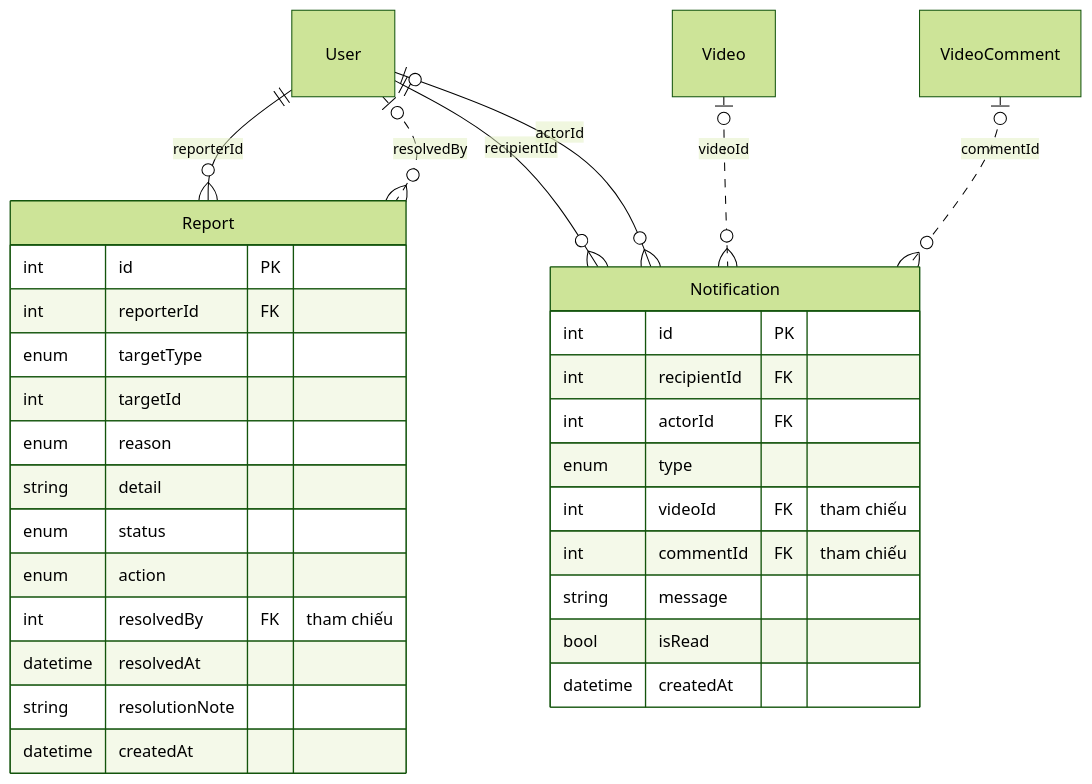
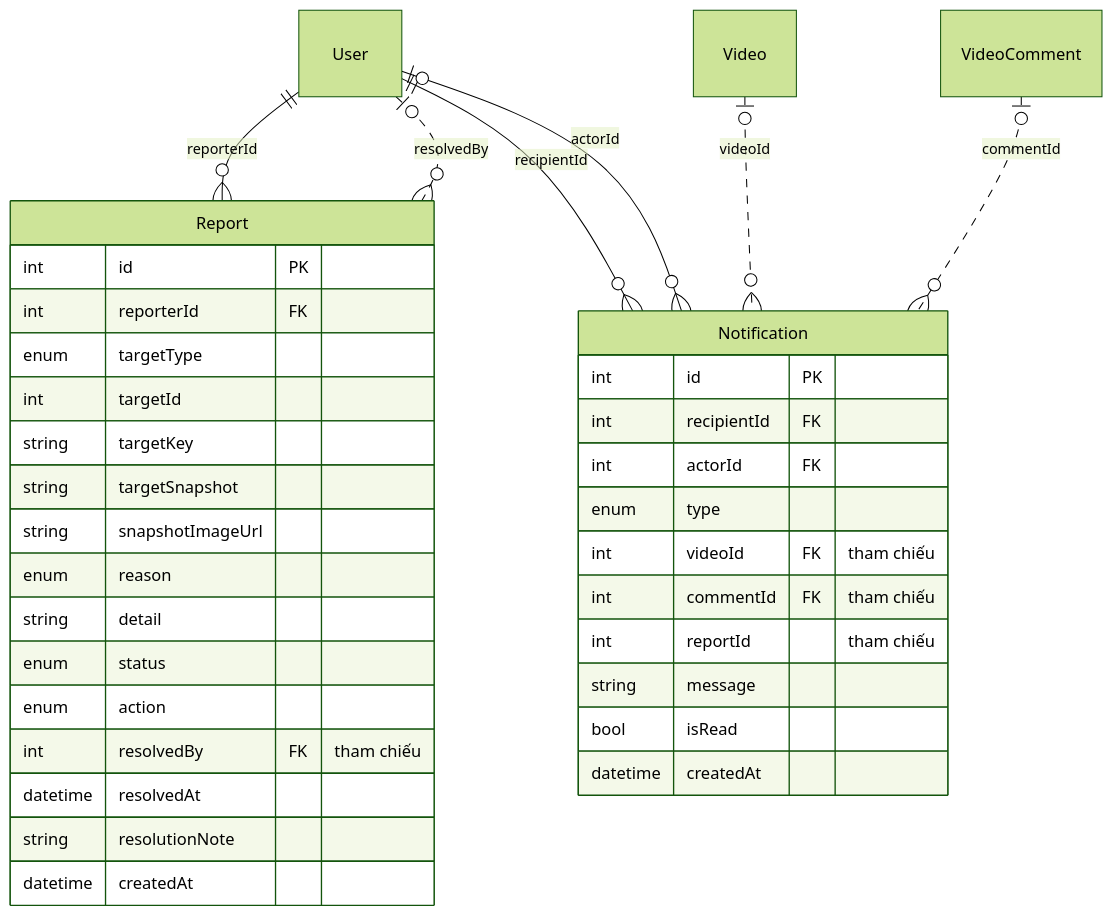
Diagram 14 of 21 in docs/erd/README.md (loccol9696/Japanese-Learning-Social-Platform), drawn with Mermaid (forest theme) before and after one commit. The commit also changed other lines of this file, not shown here.

Commit message:
docs(erd): cập nhật bảng và enum cho báo cáo, khóa tài khoản, thông báo

````diff
--- a/docs/erd/README.md
+++ b/docs/erd/README.md
@@ -593,34 +596,38 @@
 ```mermaid
 erDiagram
     Report {
         int id PK
         int reporterId FK
         enum targetType
         int targetId
+        string targetKey
+        string targetSnapshot
+        string snapshotImageUrl
         enum reason
         string detail
         enum status
         enum action
         int resolvedBy FK "tham chiếu"
         datetime resolvedAt
         string resolutionNote
         datetime createdAt
     }
     Notification {
         int id PK
         int recipientId FK
         int actorId FK
         enum type
         int videoId FK "tham chiếu"
         int commentId FK "tham chiếu"
+        int reportId "tham chiếu"
         string message
         bool isRead
         datetime createdAt
     }
     User ||--o{ Report : reporterId
     User ||--o{ Notification : recipientId
     User |o--o{ Notification : actorId
     Video |o..o{ Notification : videoId
     VideoComment |o..o{ Notification : commentId
     User |o..o{ Report : resolvedBy
 ```
````
